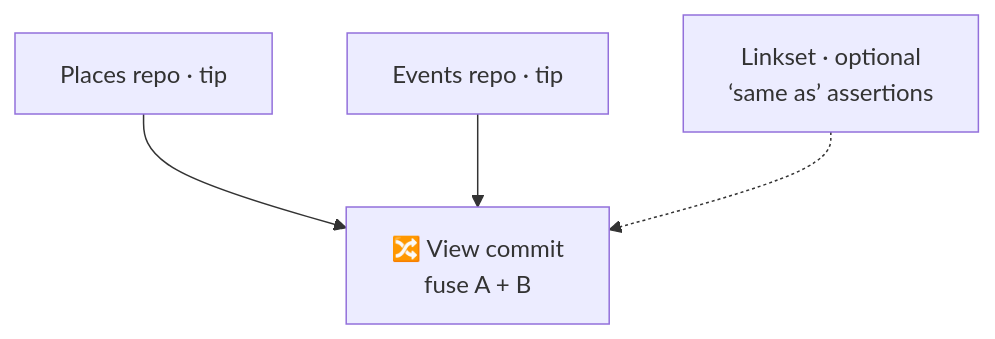
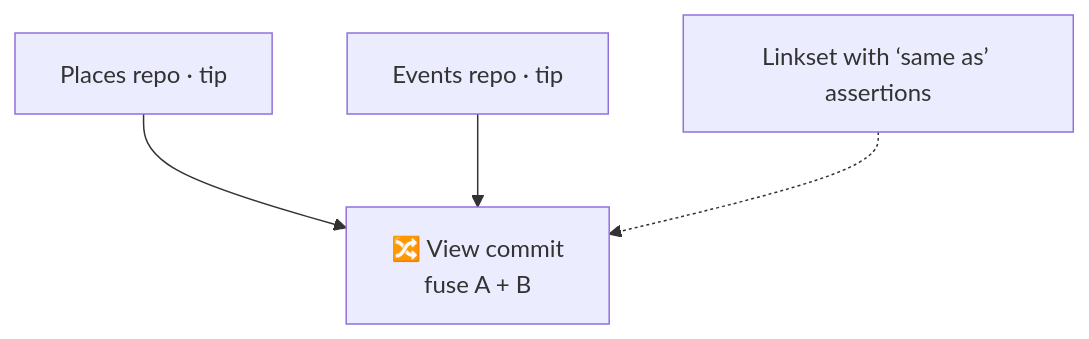
One commit to fangorn-network/fangorn changed the seventh of 11 diagrams in docs/PROTOCOL.md. Above: the diagram before and after it, drawn with Mermaid. The commit also changed other lines of this file and 28 other files, not shown here.

````diff
--- a/docs/PROTOCOL.md
+++ b/docs/PROTOCOL.md
@@ -196,6 +217,6 @@
 ```mermaid
 flowchart TB
     A["Places repo · tip"] --> V["🔀 View commit<br/>fuse A + B"]
     B["Events repo · tip"] --> V
-    L["Linkset · optional<br/>‘same as’ assertions"] -.-> V
+    L["Linkset with ‘same as’ assertions"] -.-> V
 ```
````
